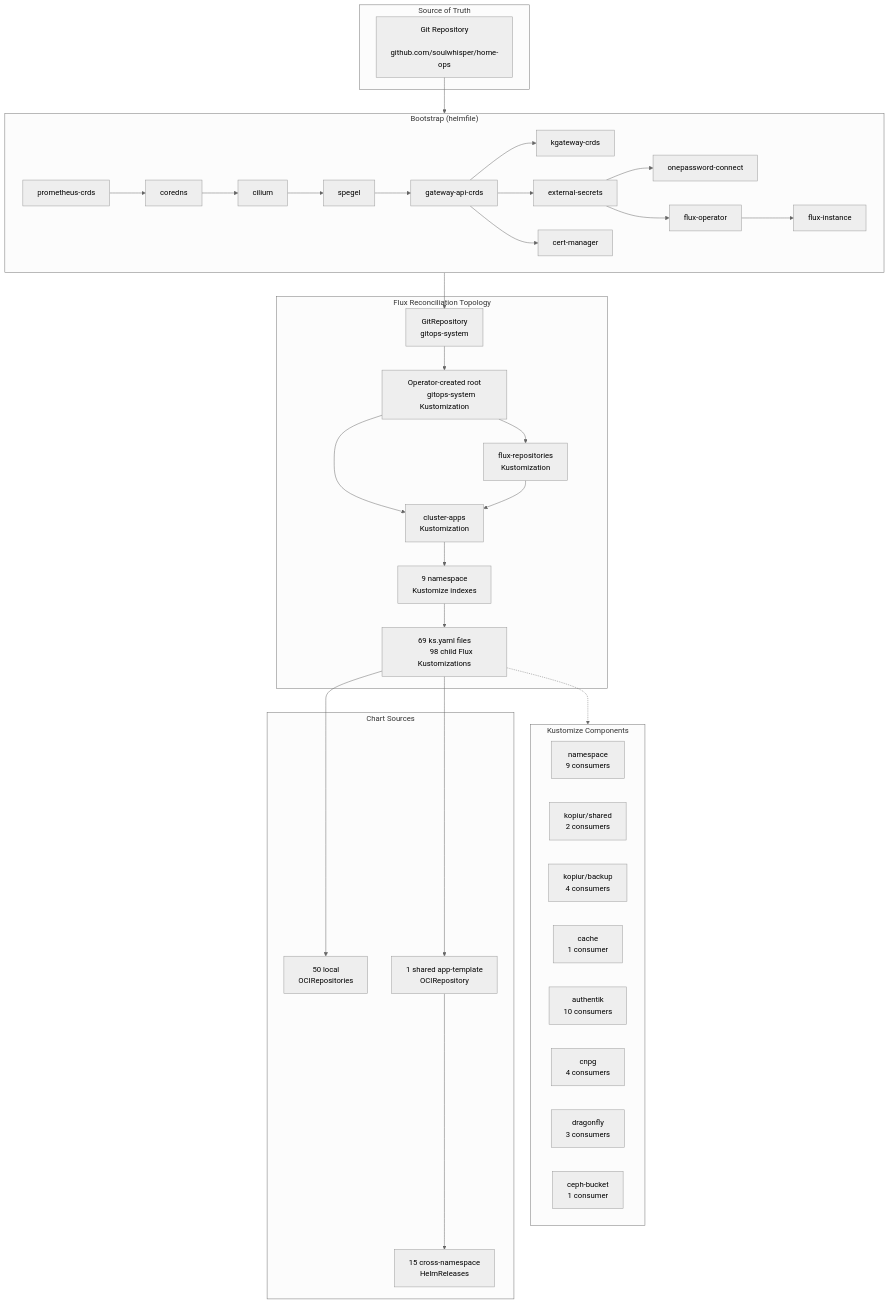
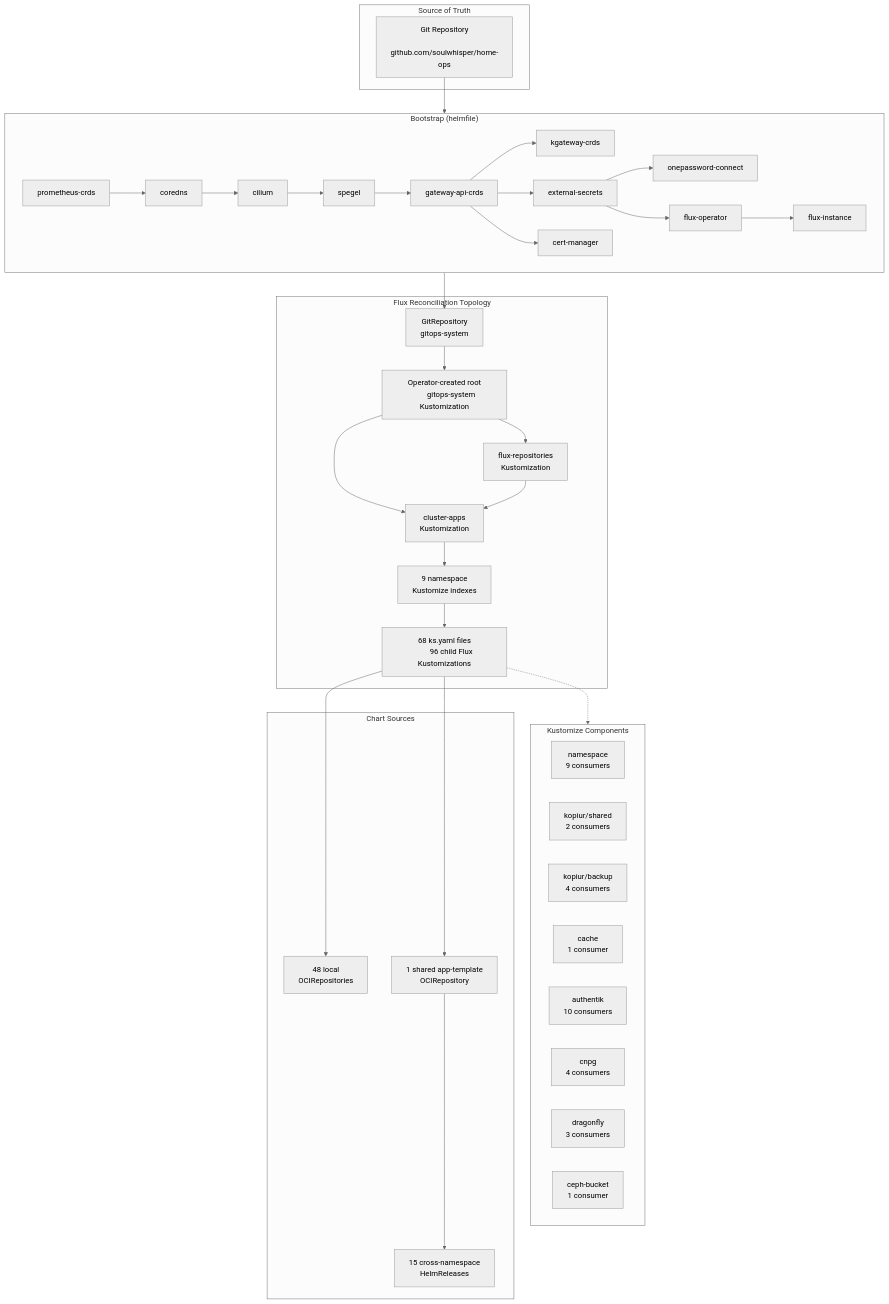
One commit to soulwhisper/home-ops changed the diagram in docs/infrastructure/kubernetes.md. Above: the diagram before and after it, drawn with Mermaid (neutral theme). The commit also changed other lines of this file and 40 other files, not shown here.

````diff
--- a/docs/infrastructure/kubernetes.md
+++ b/docs/infrastructure/kubernetes.md
@@ -12,71 +12,71 @@
 ```mermaid
 flowchart TB
     subgraph Source["Source of Truth"]
         GIT["Git Repository
         github.com/soulwhisper/home-ops"]
     end
 
     subgraph Bootstrap["Bootstrap (helmfile)"]
         direction LR
         B1["prometheus-crds"] --> B2["coredns"]
         B2 --> B3["cilium"]
         B3 --> B4["spegel"]
         B4 --> B5["gateway-api-crds"]
         B5 --> B6["kgateway-crds"]
         B5 --> B7["external-secrets"]
         B5 --> B8["cert-manager"]
         B7 --> B9["onepassword-connect"]
         B7 --> B11["flux-operator"]
         B11 --> B12["flux-instance"]
     end
 
     subgraph FluxTopo["Flux Reconciliation Topology"]
         GR["GitRepository
         gitops-system"] --> ROOT["Operator-created root
         gitops-system Kustomization"]
         ROOT --> FR["flux-repositories
         Kustomization"]
         ROOT --> CA["cluster-apps
         Kustomization"]
         FR --> CA
         CA --> NS["9 namespace
         Kustomize indexes"]
-        NS --> APPS["69 ks.yaml files
-        98 child Flux Kustomizations"]
+        NS --> APPS["68 ks.yaml files
+        96 child Flux Kustomizations"]
     end
 
     subgraph Components["Kustomize Components"]
         NS_COMP["namespace
         9 consumers"]
         KOPIUR_SECRET["kopiur/shared
         2 consumers"]
         KOPIUR_BACKUP["kopiur/backup
         4 consumers"]
         CACHE["cache
         1 consumer"]
         AUTHENTIK["authentik
         10 consumers"]
         CNPG["cnpg
         4 consumers"]
         DRAGONFLY["dragonfly
         3 consumers"]
         CEPH["ceph-bucket
         1 consumer"]
     end
 
     subgraph Charts["Chart Sources"]
-        OCI_OWN["50 local
+        OCI_OWN["48 local
         OCIRepositories"]
         OCI_TPL["1 shared app-template
         OCIRepository"]
         CROSS["15 cross-namespace
         HelmReleases"]
     end
 
     GIT --> Bootstrap
     Bootstrap --> GR
     APPS -.-> Components
     APPS --> OCI_OWN
     APPS --> OCI_TPL
     OCI_TPL --> CROSS
 ```
````
